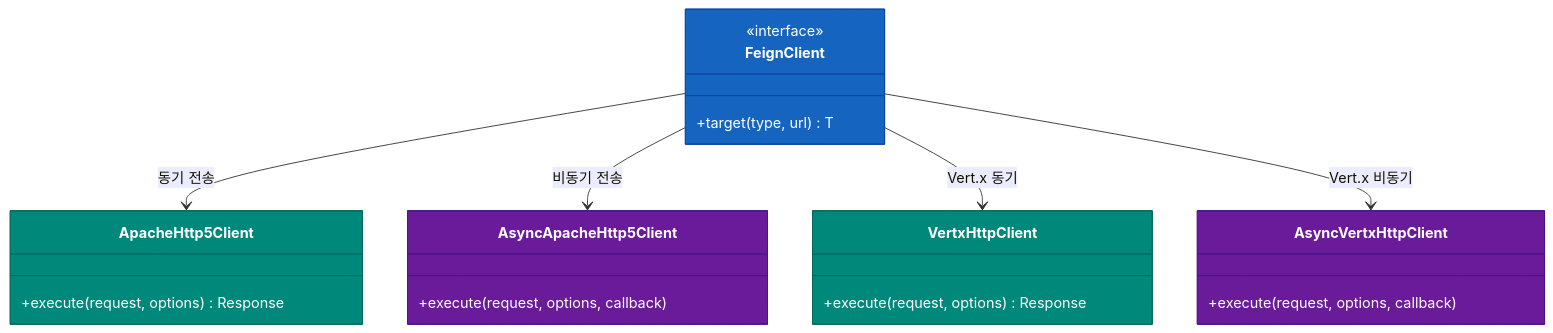
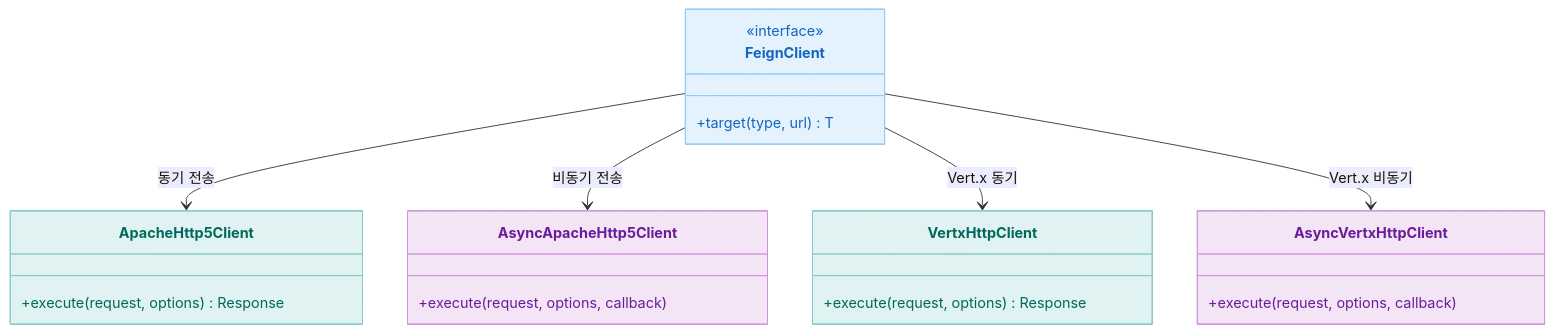
The third of 4 diagrams in io/feign/README.ko.md (bluetape4k/bluetape4k-projects), drawn with Mermaid before and after one commit. The commit also changed other lines of this file and 219 other files, not shown here.

First line of the commit message:
docs: 전체 README Mermaid 다이어그램 가이드 적용

````diff
--- a/io/feign/README.ko.md
+++ b/io/feign/README.ko.md
@@ -138,30 +138,30 @@
 ```mermaid
 classDiagram
     class FeignClient {
         <<interface>>
         +target(type, url) T
     }
     class ApacheHttp5Client {
         +execute(request, options) Response
     }
     class AsyncApacheHttp5Client {
         +execute(request, options, callback)
     }
     class VertxHttpClient {
         +execute(request, options) Response
     }
     class AsyncVertxHttpClient {
         +execute(request, options, callback)
     }
 
     FeignClient --> ApacheHttp5Client : 동기 전송
     FeignClient --> AsyncApacheHttp5Client : 비동기 전송
     FeignClient --> VertxHttpClient : Vert.x 동기
     FeignClient --> AsyncVertxHttpClient : Vert.x 비동기
 
-    style FeignClient fill:#1565C0,stroke:#0D47A1,color:#FFFFFF
-    style ApacheHttp5Client fill:#00897B,stroke:#00695C,color:#FFFFFF
-    style AsyncApacheHttp5Client fill:#6A1B9A,stroke:#4A148C,color:#FFFFFF
-    style VertxHttpClient fill:#00897B,stroke:#00695C,color:#FFFFFF
-    style AsyncVertxHttpClient fill:#6A1B9A,stroke:#4A148C,color:#FFFFFF
+    style FeignClient fill:#E3F2FD,stroke:#90CAF9,color:#1565C0
+    style ApacheHttp5Client fill:#E0F2F1,stroke:#80CBC4,color:#00695C
+    style AsyncApacheHttp5Client fill:#F3E5F5,stroke:#CE93D8,color:#6A1B9A
+    style VertxHttpClient fill:#E0F2F1,stroke:#80CBC4,color:#00695C
+    style AsyncVertxHttpClient fill:#F3E5F5,stroke:#CE93D8,color:#6A1B9A
 ```
````
